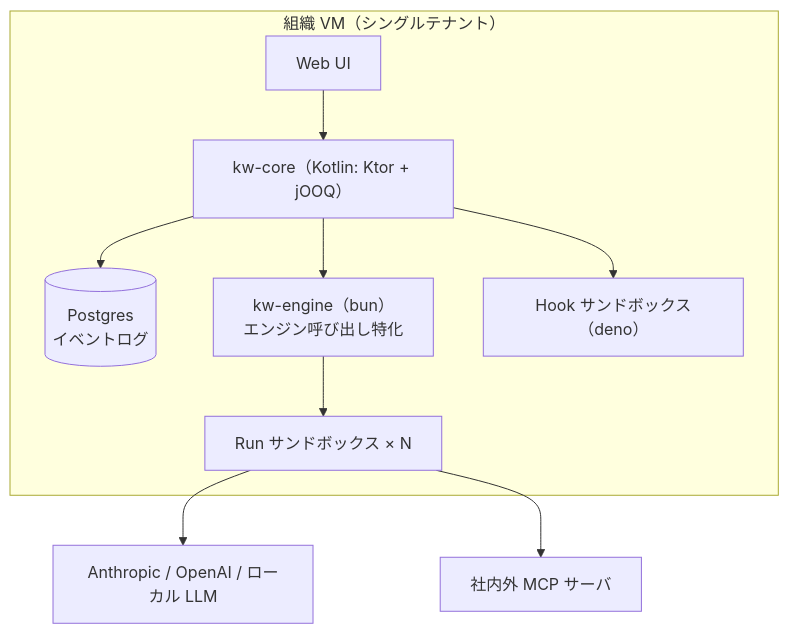
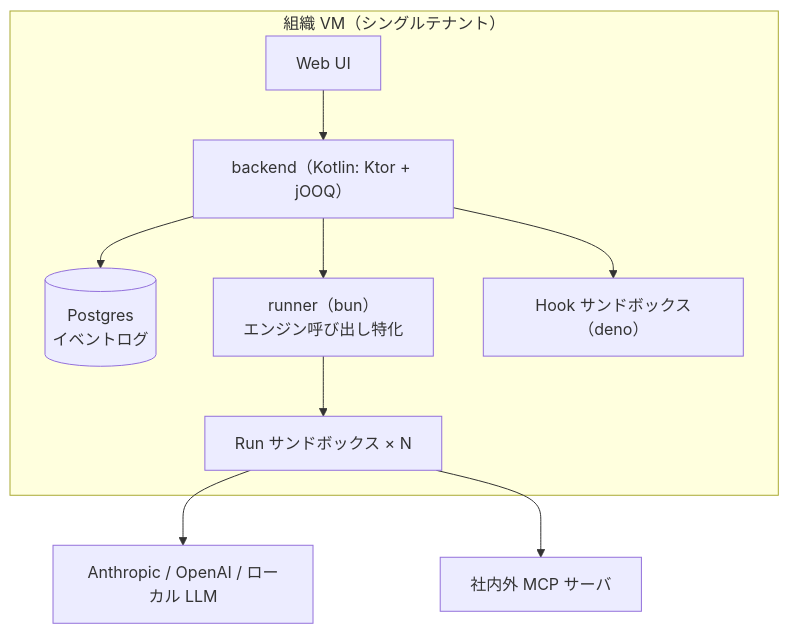
One commit to 326-T/kanban-workspace changed the diagram in docs/runtime/architecture.md. Above: the diagram before and after it, drawn with Mermaid. The commit also changed other lines of this file and 112 other files, not shown here.

First line of the commit message:
refactor: リポジトリを backend / frontend / runner の 3 構成に再編（D17）

````diff
--- a/docs/runtime/architecture.md
+++ b/docs/runtime/architecture.md
@@ -13,12 +13,12 @@
 ```mermaid
 graph TB
     subgraph vm[組織 VM（シングルテナント）]
-        ui[Web UI] --> core[kw-core（Kotlin: Ktor + jOOQ）]
-        core --> db[(Postgres<br/>イベントログ)]
-        core --> engine[kw-engine（bun）<br/>エンジン呼び出し特化]
-        engine --> c1[Run サンドボックス × N]
-        core --> hooks[Hook サンドボックス（deno）]
+        ui[Web UI] --> backend[backend（Kotlin: Ktor + jOOQ）]
+        backend --> db[(Postgres<br/>イベントログ)]
+        backend --> runner[runner（bun）<br/>エンジン呼び出し特化]
+        runner --> c1[Run サンドボックス × N]
+        backend --> hooks[Hook サンドボックス（deno）]
     end
     c1 --> llm[Anthropic / OpenAI / ローカル LLM]
     c1 --> mcp[社内外 MCP サーバ]
 ```
````
